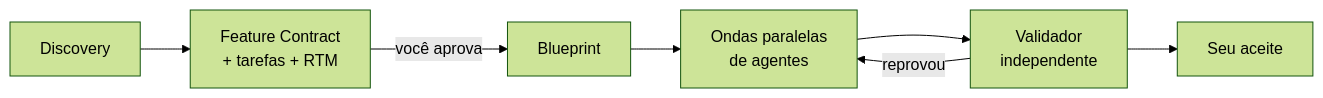
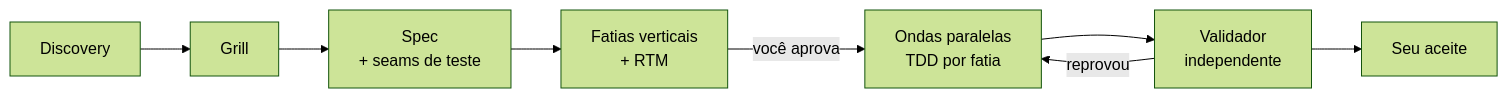
One commit to NowItMakesSense/aisef changed the diagram in README.pt-BR.md. Above: the diagram before and after it, drawn with Mermaid (forest theme). The commit also changed other lines of this file and 44 other files, not shown here.

First line of the commit message:
feat: v0.6.0 SDD + TDD com fatias verticais e o metodo do Matt Pocock (#6)

````diff
--- a/README.pt-BR.md
+++ b/README.pt-BR.md
@@ -26,9 +26,10 @@
 ```mermaid
 flowchart LR
-  D[Discovery] --> F[Feature Contract<br/>+ tarefas + RTM]
-  F -->|você aprova| B[Blueprint]
-  B --> W[Ondas paralelas<br/>de agentes]
+  D[Discovery] --> G[Grill]
+  G --> S[Spec<br/>+ seams de teste]
+  S --> F[Fatias verticais<br/>+ RTM]
+  F -->|você aprova| W[Ondas paralelas<br/>TDD por fatia]
   W --> V[Validador<br/>independente]
   V -->|reprovou| W
   V --> A[Seu aceite]
 ```
````
